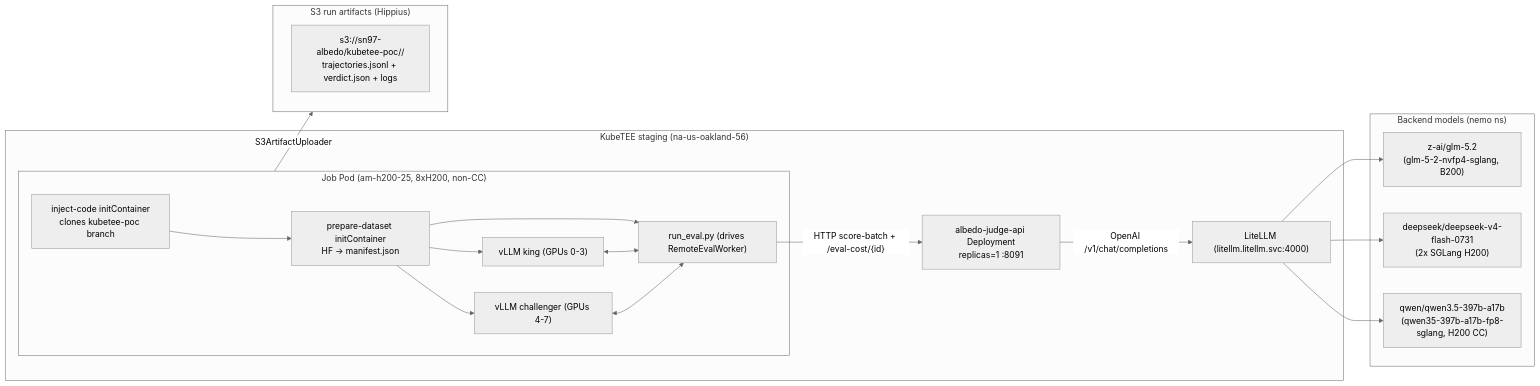
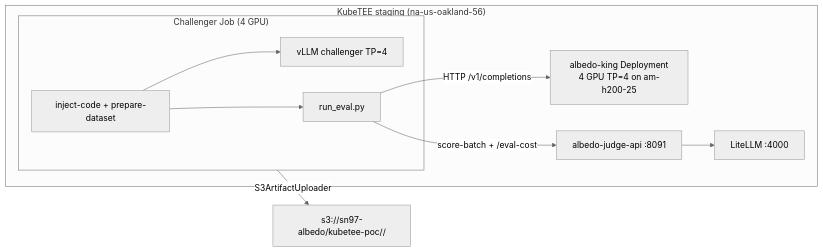
The diagram in kubetee/PLAN.md (unarbos/albedo), drawn with Mermaid (neutral theme) before and after one commit. The commit also changed other lines of this file and 12 other files, not shown here.

First line of the commit message:
feat(kubetee): split always-on king from challenger eval Jobs

````diff
--- a/kubetee/PLAN.md
+++ b/kubetee/PLAN.md
@@ -23,40 +28,19 @@
 ```mermaid
 graph LR
   subgraph KubeTEE["KubeTEE staging (na-us-oakland-56)"]
-    subgraph EvalPod["Job Pod (am-h200-25, 8xH200, non-CC)"]
-      Init["inject-code initContainer
-clones kubetee-poc branch"]
-      Prep["prepare-dataset initContainer
-HF -> manifest.json"]
-      VKing["vLLM king (GPUs 0-3)"]
-      VChal["vLLM challenger (GPUs 4-7)"]
-      Worker["run_eval.py (drives RemoteEvalWorker)"]
-      Init --> Prep --> VKing & VChal & Worker
-      VKing <--> Worker
-      VChal <--> Worker
+    King["albedo-king Deployment
+4 GPU TP=4 on am-h200-25"]
+    subgraph EvalPod["Challenger Job (4 GPU)"]
+      Init["inject-code + prepare-dataset"]
+      VChal["vLLM challenger TP=4"]
+      Worker["run_eval.py"]
+      Init --> VChal & Worker
     end
-
-    Judge["albedo-judge-api Deployment
-replicas=1 :8091"]
-    Worker -->|"HTTP score-batch + /eval-cost/{id}"| Judge
-    LiteLLM["LiteLLM (litellm.litellm.svc:4000)"]
-    Judge -->|"OpenAI /v1/chat/completions"| LiteLLM
+    Worker -->|"HTTP /v1/completions"| King
+    Judge["albedo-judge-api :8091"]
+    Worker -->|"score-batch + /eval-cost"| Judge
+    LiteLLM["LiteLLM :4000"]
+    Judge --> LiteLLM
   end
-
-  subgraph Backends["Backend models (nemo ns)"]
-    GLM["z-ai/glm-5.2
-(glm-5-2-nvfp4-sglang, B200)"]
-    DSV4["deepseek/deepseek-v4-flash-0731
-(2x SGLang H200)"]
-    QWEN["qwen/qwen3.5-397b-a17b
-(qwen35-397b-a17b-fp8-sglang, H200 CC)"]
-    LiteLLM --> GLM & DSV4 & QWEN
-  end
-
-  subgraph S3["S3 run artifacts (Hippius)"]
-    Art["s3://sn97-albedo/kubetee-poc/<run_id>/
-trajectories.jsonl + verdict.json + logs"]
-  end
-
-  EvalPod -- "S3ArtifactUploader" --> S3
+  EvalPod -- "S3ArtifactUploader" --> S3["s3://sn97-albedo/kubetee-poc/<run_id>/"]
 ```
````
